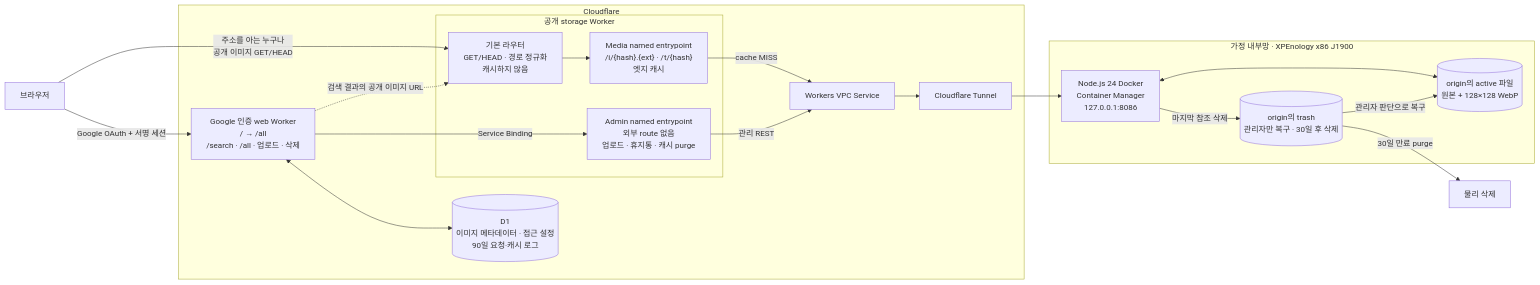
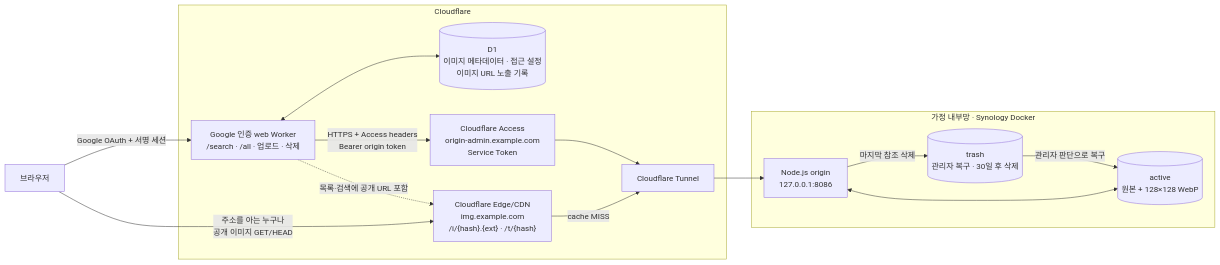
One commit to octopus7/meme changed the first of 4 diagrams in docs/architecture.md. Above: the diagram before and after it, drawn with Mermaid. The commit also changed other lines of this file and 33 other files, not shown here.

Commit message:
Replace storage worker with direct tunnel origin

````diff
--- a/docs/architecture.md
+++ b/docs/architecture.md
@@ -14,38 +13,29 @@
 ```mermaid
 flowchart LR
     U["브라우저"]
     subgraph CF["Cloudflare"]
-        W["Google 인증 web Worker<br/>/ → /all<br/>/search · /all · 업로드 · 삭제"]
-        D[("D1<br/>이미지 메타데이터 · 접근 설정<br/>90일 요청·캐시 로그")]
-
-        subgraph S["공개 storage Worker"]
-            R["기본 라우터<br/>GET/HEAD · 경로 정규화<br/>캐시하지 않음"]
-            M["Media named entrypoint<br/>/i/{hash}.{ext} · /t/{hash}<br/>엣지 캐시"]
-            AD["Admin named entrypoint<br/>외부 route 없음<br/>업로드 · 휴지통 · 캐시 purge"]
-        end
-
-        V["Workers VPC Service"]
+        W["Google 인증 web Worker<br/>/search · /all · 업로드 · 삭제"]
+        D[("D1<br/>이미지 메타데이터 · 접근 설정<br/>이미지 URL 노출 기록")]
+        C["Cloudflare Edge/CDN<br/>img.example.com<br/>/i/{hash}.{ext} · /t/{hash}"]
+        A["Cloudflare Access<br/>origin-admin.example.com<br/>Service Token"]
         T["Cloudflare Tunnel"]
     end
 
-    subgraph HOME["가정 내부망 · XPEnology x86 J1900"]
-        O["Node.js 24 Docker<br/>Container Manager<br/>127.0.0.1:8086"]
-        F[("origin의 active 파일<br/>원본 + 128×128 WebP")]
-        X[("origin의 trash<br/>관리자만 복구 · 30일 후 삭제")]
+    subgraph HOME["가정 내부망 · Synology Docker"]
+        O["Node.js origin<br/>127.0.0.1:8086"]
+        F[("active<br/>원본 + 128×128 WebP")]
+        X[("trash<br/>관리자 복구 · 30일 후 삭제")]
     end
 
     U -->|"Google OAuth + 서명 세션"| W
     W <--> D
-    W -->|"Service Binding"| AD
-    U -->|"주소를 아는 누구나<br/>공개 이미지 GET/HEAD"| R
-    W -.->|"검색 결과의 공개 이미지 URL"| R
-    R --> M
-    M -->|"cache MISS"| V
-    AD -->|"관리 REST"| V
-    V --> T
+    U -->|"주소를 아는 누구나<br/>공개 이미지 GET/HEAD"| C
+    W -.->|"목록·검색에 공개 URL 포함"| C
+    C -->|"cache MISS"| T
+    W -->|"HTTPS + Access headers<br/>Bearer origin token"| A
+    A --> T
     T --> O
     O <--> F
     O -->|"마지막 참조 삭제"| X
     X -->|"관리자 판단으로 복구"| F
-    X -->|"30일 만료 purge"| P["물리 삭제"]
 ```
````
